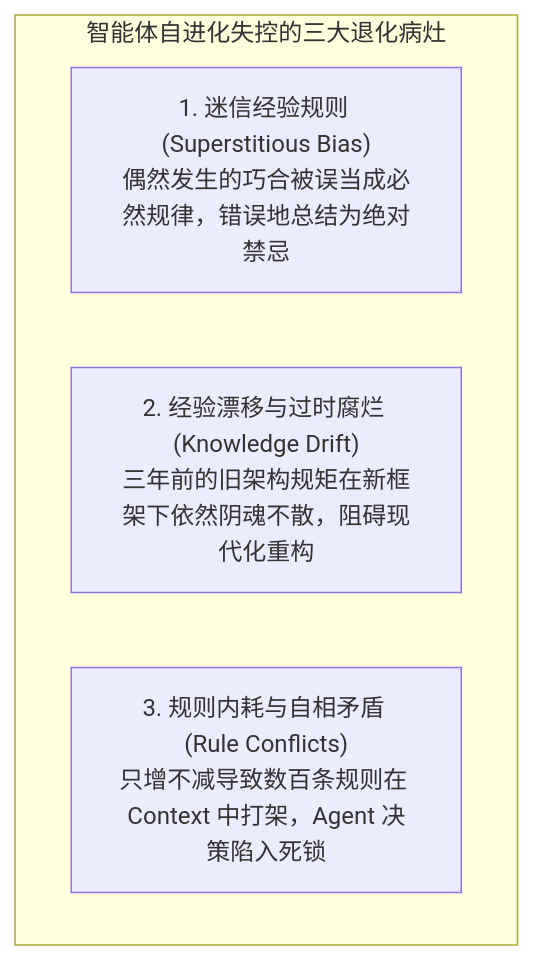
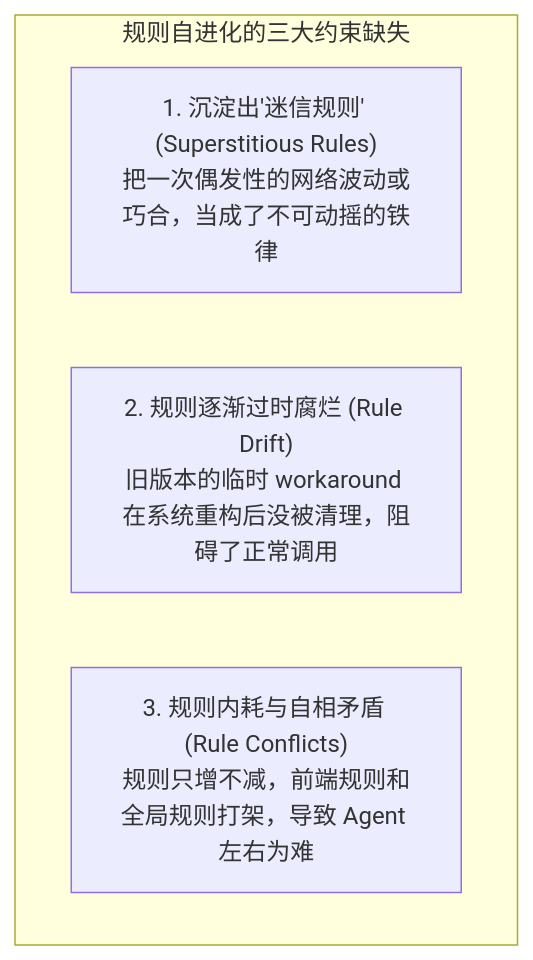
Before and after one commit to ljh12138164/ai-agent-study: the first of 2 diagrams in app/ch09-evolution/04-evolutionary-safety-and-drift/page.mdx, drawn with Mermaid. The commit also changed other lines of this file and 43 other files, not shown here.

````diff
--- a/app/ch09-evolution/04-evolutionary-safety-and-drift/page.mdx
+++ b/app/ch09-evolution/04-evolutionary-safety-and-drift/page.mdx
@@ -14,8 +13,8 @@
 ```mermaid
-graph TD
-    subgraph Pathologies["智能体自进化失控的三大退化病灶"]
-        P1["1. 迷信经验规则 (Superstitious Bias)<br/>偶然发生的巧合被误当成必然规律，错误地总结为绝对禁忌"]
-        P2["2. 经验漂移与过时腐烂 (Knowledge Drift)<br/>三年前的旧架构规矩在新框架下依然阴魂不散，阻碍现代化重构"]
-        P3["3. 规则内耗与自相矛盾 (Rule Conflicts)<br/>只增不减导致数百条规则在 Context 中打架，Agent 决策陷入死锁"]
+flowchart TD
+    subgraph Sickness["规则自进化的三大约束缺失"]
+        S1["1. 沉淀出'迷信规则' (Superstitious Rules)<br/>把一次偶发性的网络波动或巧合，当成了不可动摇的铁律"]
+        S2["2. 规则逐渐过时腐烂 (Rule Drift)<br/>旧版本的临时 workaround 在系统重构后没被清理，阻碍了正常调用"]
+        S3["3. 规则内耗与自相矛盾 (Rule Conflicts)<br/>规则只增不减，前端规则和全局规则打架，导致 Agent 左右为难"]
     end
 ```
````
